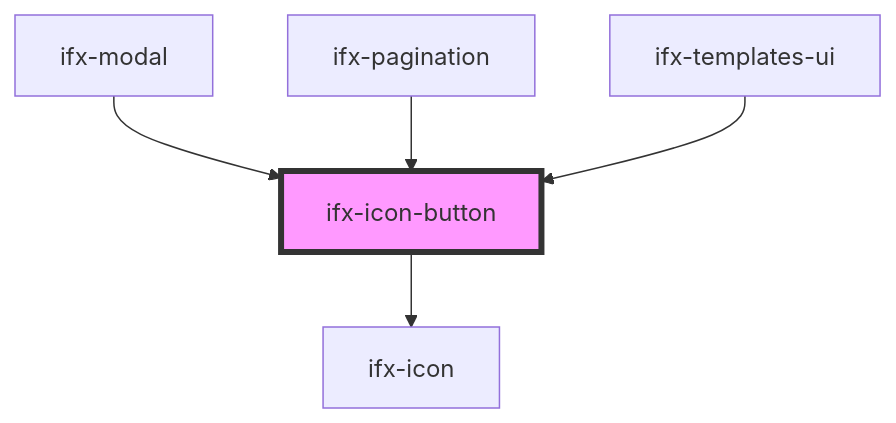
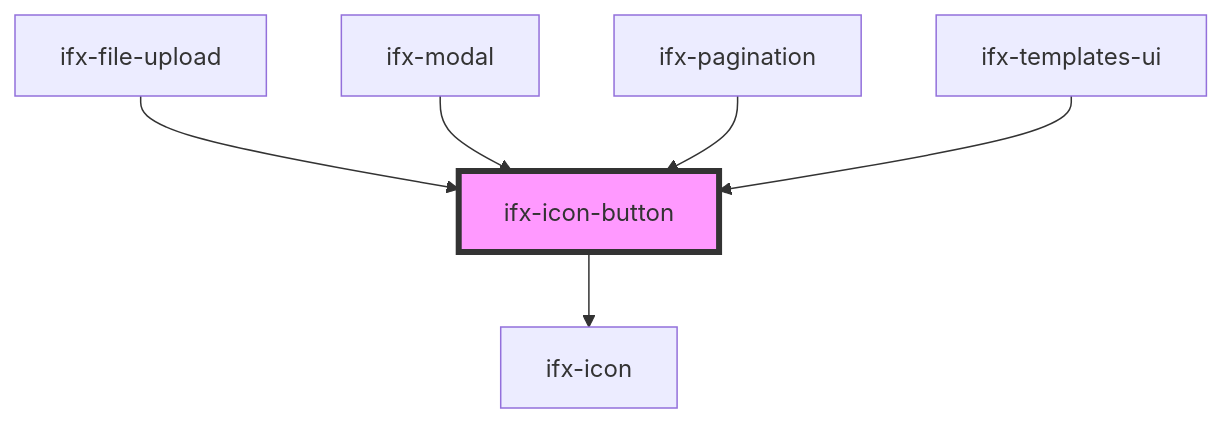
Before and after one commit to Infineon/infineon-design-system-stencil: the diagram in packages/components/src/components/icon-button/readme.md, drawn with Mermaid. The commit also changed other lines of this file and 6 other files, not shown here.

````diff
--- a/packages/components/src/components/icon-button/readme.md
+++ b/packages/components/src/components/icon-button/readme.md
@@ -47,8 +48,9 @@
 ```mermaid
 graph TD;
   ifx-icon-button --> ifx-icon
+  ifx-file-upload --> ifx-icon-button
   ifx-modal --> ifx-icon-button
   ifx-pagination --> ifx-icon-button
   ifx-templates-ui --> ifx-icon-button
   style ifx-icon-button fill:#f9f,stroke:#333,stroke-width:4px
 ```
````
